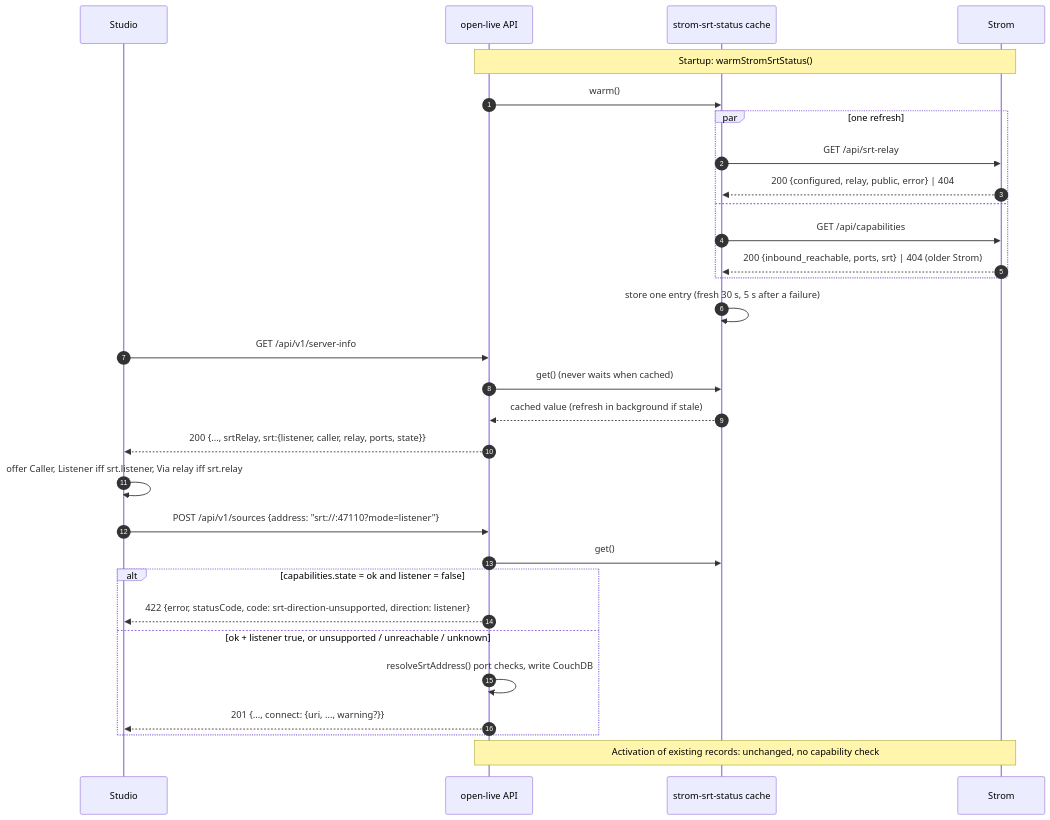
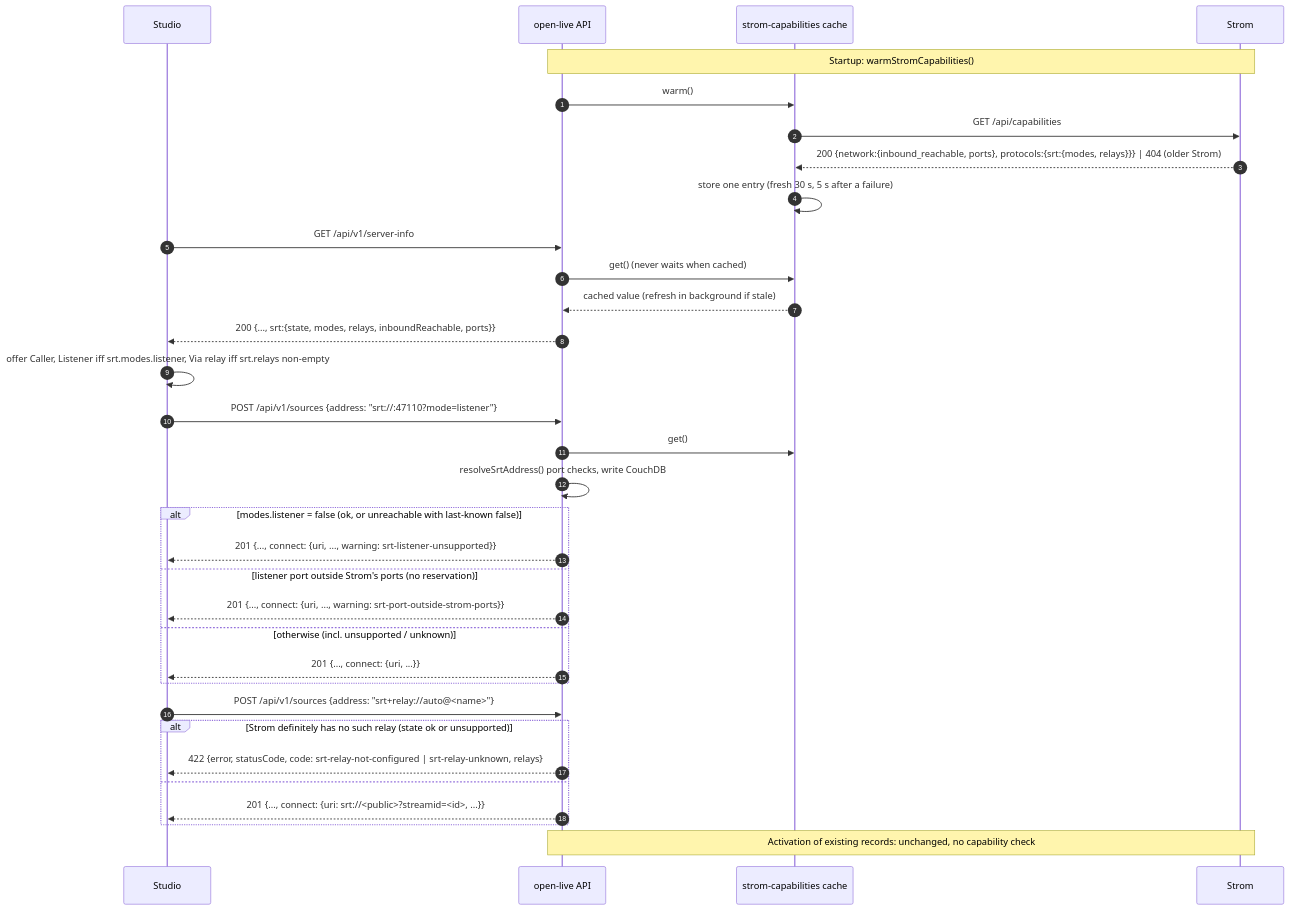
Before and after one commit to Eyevinn/open-live: the diagram in docs/specs/srt-direction-capabilities.md, drawn with Mermaid. The commit also changed other lines of this file and 30 other files, not shown here.

First line of the commit message:
feat(srt): SRT relay addresses with a sticky id (srt+relay://) (#629)

````diff
--- a/docs/specs/srt-direction-capabilities.md
+++ b/docs/specs/srt-direction-capabilities.md
@@ -336,36 +454,40 @@
 ```mermaid
 sequenceDiagram
     autonumber
     participant ST as Studio
     participant OL as open-live API
-    participant C as strom-srt-status cache
+    participant C as strom-capabilities cache
     participant S as Strom
 
-    Note over OL,S: Startup: warmStromSrtStatus()
+    Note over OL,S: Startup: warmStromCapabilities()
     OL->>C: warm()
-    par one refresh
-        C->>S: GET /api/srt-relay
-        S-->>C: 200 {configured, relay, public, error} | 404
-    and
-        C->>S: GET /api/capabilities
-        S-->>C: 200 {inbound_reachable, ports, srt} | 404 (older Strom)
-    end
+    C->>S: GET /api/capabilities
+    S-->>C: 200 {network:{inbound_reachable, ports}, protocols:{srt:{modes, relays}}} | 404 (older Strom)
     C->>C: store one entry (fresh 30 s, 5 s after a failure)
 
     ST->>OL: GET /api/v1/server-info
     OL->>C: get() (never waits when cached)
     C-->>OL: cached value (refresh in background if stale)
-    OL-->>ST: 200 {..., srtRelay, srt:{listener, caller, relay, ports, state}}
-    ST->>ST: offer Caller, Listener iff srt.listener, Via relay iff srt.relay
+    OL-->>ST: 200 {..., srt:{state, modes, relays, inboundReachable, ports}}
+    ST->>ST: offer Caller, Listener iff srt.modes.listener, Via relay iff srt.relays non-empty
 
     ST->>OL: POST /api/v1/sources {address: "srt://:47110?mode=listener"}
     OL->>C: get()
-    alt capabilities.state = ok and listener = false
-        OL-->>ST: 422 {error, statusCode, code: srt-direction-unsupported, direction: listener}
-    else ok + listener true, or unsupported / unreachable / unknown
-        OL->>OL: resolveSrtAddress() port checks, write CouchDB
-        OL-->>ST: 201 {..., connect: {uri, ..., warning?}}
+    OL->>OL: resolveSrtAddress() port checks, write CouchDB
+    alt modes.listener = false (ok, or unreachable with last-known false)
+        OL-->>ST: 201 {..., connect: {uri, ..., warning: srt-listener-unsupported}}
+    else listener port outside Strom's ports (no reservation)
+        OL-->>ST: 201 {..., connect: {uri, ..., warning: srt-port-outside-strom-ports}}
+    else otherwise (incl. unsupported / unknown)
+        OL-->>ST: 201 {..., connect: {uri, ...}}
+    end
+
+    ST->>OL: POST /api/v1/sources {address: "srt+relay://auto@<name>"}
+    alt Strom definitely has no such relay (state ok or unsupported)
+        OL-->>ST: 422 {error, statusCode, code: srt-relay-not-configured | srt-relay-unknown, relays}
+    else
+        OL-->>ST: 201 {..., connect: {uri: srt://<public>?streamid=<id>, ...}}
     end
 
     Note over OL,S: Activation of existing records: unchanged, no capability check
 ```
````
